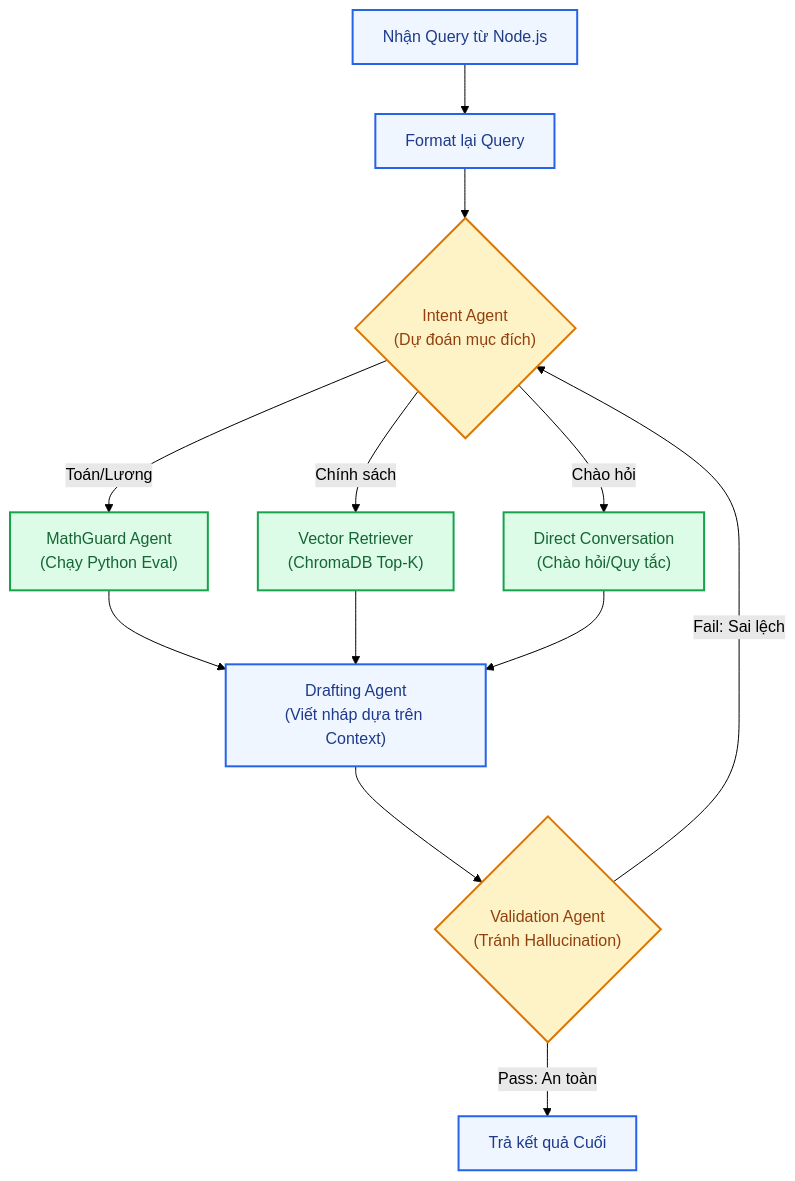
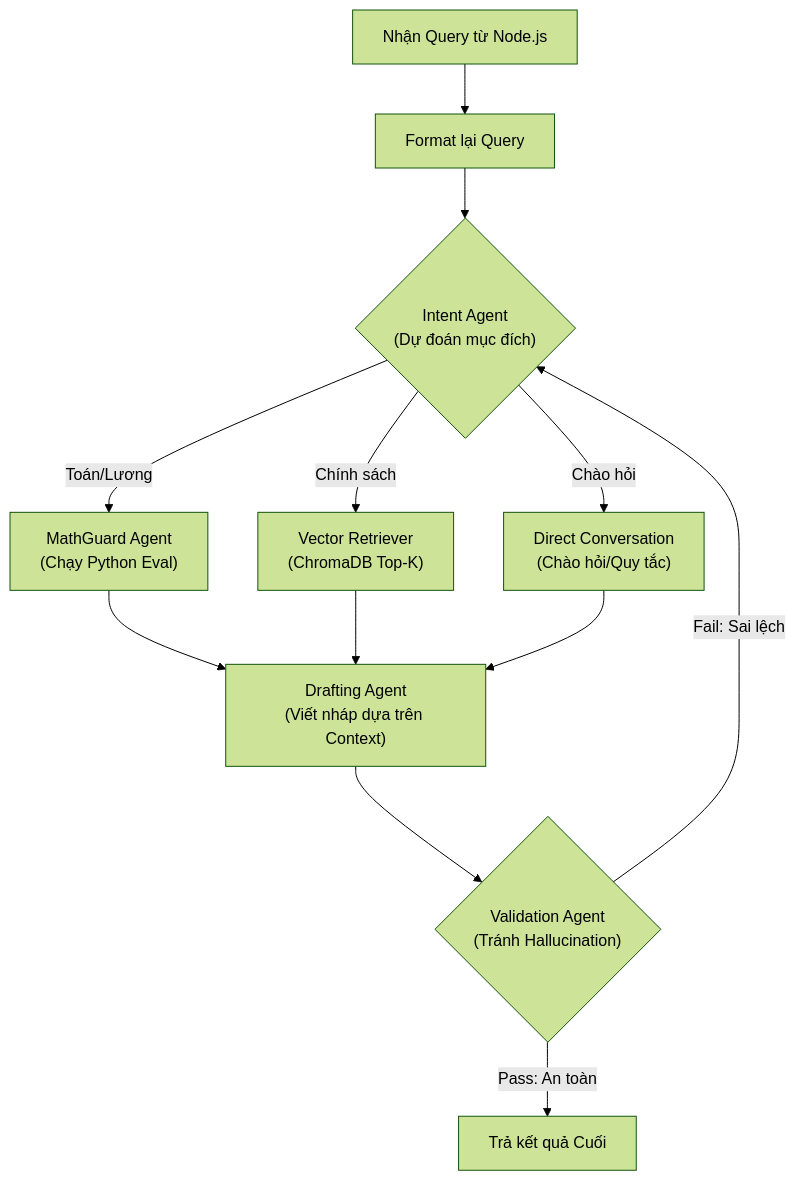
One commit to 2imyuH/RAG_LLM_ChatBot changed the third of 3 diagrams in README.md. Above: the diagram before and after it, drawn with Mermaid (forest theme). The commit also changed other lines of this file, not shown here.

````diff
--- a/README.md
+++ b/README.md
@@ -88,36 +80,32 @@
 ```mermaid
 graph TD
-    classDef init fill:#eff6ff,stroke:#2563eb,stroke-width:2px,color:#1e3a8a
-    classDef decision fill:#fef3c7,stroke:#d97706,stroke-width:2px,color:#92400e
-    classDef tool fill:#dcfce7,stroke:#16a34a,stroke-width:2px,color:#166534
-
-    INPUT["Nhận Query từ Node.js"]:::init
-    FORMAT["Format lại Query"]:::init
+    INPUT["Nhận Query từ Node.js"]
+    FORMAT["Format lại Query"]
     
-    INTENT{"Intent Agent<br/>(Dự đoán mục đích)"}:::decision
+    INTENT{"Intent Agent<br/>(Dự đoán mục đích)"}
     
-    TOOL1["MathGuard Agent<br/>(Chạy Python Eval)"]:::tool
-    TOOL2["Vector Retriever<br/>(ChromaDB Top-K)"]:::tool
-    TOOL3["Direct Conversation<br/>(Chào hỏi/Quy tắc)"]:::tool
+    TOOL1["MathGuard Agent<br/>(Chạy Python Eval)"]
+    TOOL2["Vector Retriever<br/>(ChromaDB Top-K)"]
+    TOOL3["Direct Conversation<br/>(Chào hỏi/Quy tắc)"]
     
-    DRAFT["Drafting Agent<br/>(Viết nháp dựa trên Context)"]:::init
-    VALIDATE{"Validation Agent<br/>(Tránh Hallucination)"}:::decision
+    DRAFT["Drafting Agent<br/>(Viết nháp dựa trên Context)"]
+    VALIDATE{"Validation Agent<br/>(Tránh Hallucination)"}
     
-    OUTPUT["Trả kết quả Cuối"]:::init
+    OUTPUT["Trả kết quả Cuối"]
 
     INPUT --> FORMAT
     FORMAT --> INTENT
     
     INTENT -->|Toán/Lương| TOOL1
     INTENT -->|Chính sách| TOOL2
     INTENT -->|Chào hỏi| TOOL3
     
     TOOL1 --> DRAFT
     TOOL2 --> DRAFT
     TOOL3 --> DRAFT
     
     DRAFT --> VALIDATE
     
     VALIDATE -->|Fail: Sai lệch| INTENT
     VALIDATE -->|Pass: An toàn| OUTPUT
 ```
````
